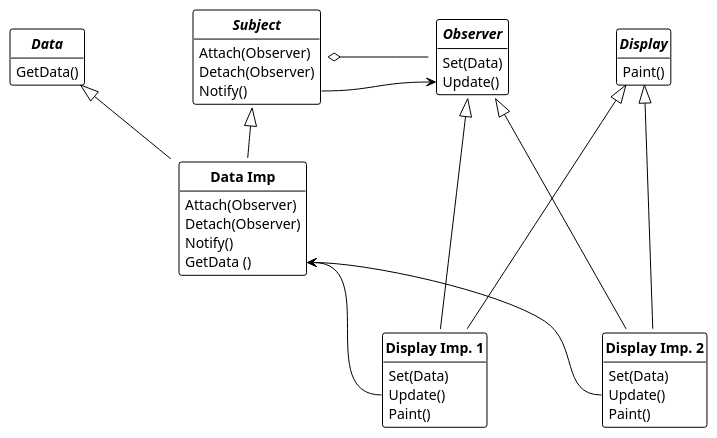
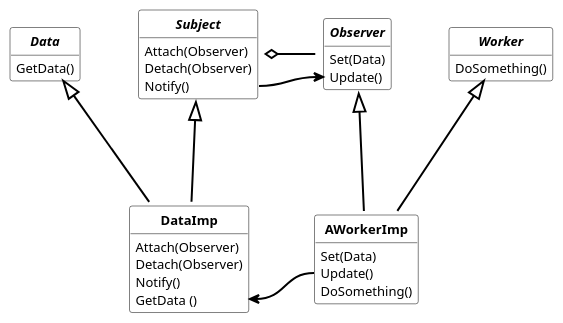
Before and after one commit to dst80/design-patterns: the second of 2 diagrams in behavioral_pattern/observer/observer.md, drawn with PlantUML. The commit also changed other lines of this file and 11 other files, not shown here.

````diff
--- a/behavioral_pattern/observer/observer.md
+++ b/behavioral_pattern/observer/observer.md
@@ -80,65 +81,61 @@
 ```plantuml
 @startuml pull_observer
-!theme plain
-skinparam nodesep 100
-skinparam ranksep 50
+skinparam ranksep 100
+skinparam nodesep 50
+skinparam class {
+  FontSize 13
+  AttributeFontSize 13
+  FontStyle bold
+  BackgroundColor transparent
+  BorderColor black
+}
+skinparam arrow {
+  Color black
+  FontColor black
+  Thickness 2
+}
+skinparam note {
+  BackgroundColor transparent
+  BorderColor black
+}
+hide circle
 hide fields
-hide circle
 
 together {
-    interface "**Data**" as Data {
-        GetData()
-    }
-
-    interface "**Subject**" as Subject {
-        Attach(Observer) 
-        Detach(Observer)
-        Notify()
-    }
-    class "**Data Imp**" as DataImp {
-        Attach(Observer)
-        Detach(Observer)
-        Notify()
-        GetData ()
-    }
-    Data <|-- DataImp
-    Subject <|-- DataImp
+  interface Data {
+      GetData()
+  }
+  interface Subject {
+    Attach(Observer) 
+    Detach(Observer)
+    Notify()
+  }
+  class DataImp extends Subject, Data {
+    Attach(Observer)
+    Detach(Observer)
+    Notify()
+    GetData ()
+  }
 }
 
-together {
-    together {
-    interface "**Observer**" as Observer {
-        Set(Data)
-        Update()
-    }
-    Interface "**Display**" as Display {
-        Paint()
-    }
-    }
-    together {
-        class "**Display Imp. 1**" as Display1 {
-            Set(Data)
-            Update()
-            Paint()
-        }
-        class "**Display Imp. 2**" as Display2 {
-            Set(Data)
-            Update()
-            Paint()
-        }
-    }
-    Observer <|-- Display1
-    Observer <|--- Display2
-    Display <|-- Display1
-    Display <|-- Display2
-
+interface Observer {
+  Set(Data)
+  Update()
+}
+Interface Worker {
+  DoSomething()
 }
 
-Subject o-r Observer
+class AWorkerImp extends Worker, Observer {
+  Set(Data)
+  Update()
+  DoSomething()
+}
 
-DataImp::GetData <- Display1::Update 
-DataImp::GetData <- Display2::Update 
+Subject o- Observer
+
 Subject::Notify -> Observer::Update
+AWorkerImp::Update -> DataImp::GetData 
 
 @enduml
 ```
````
